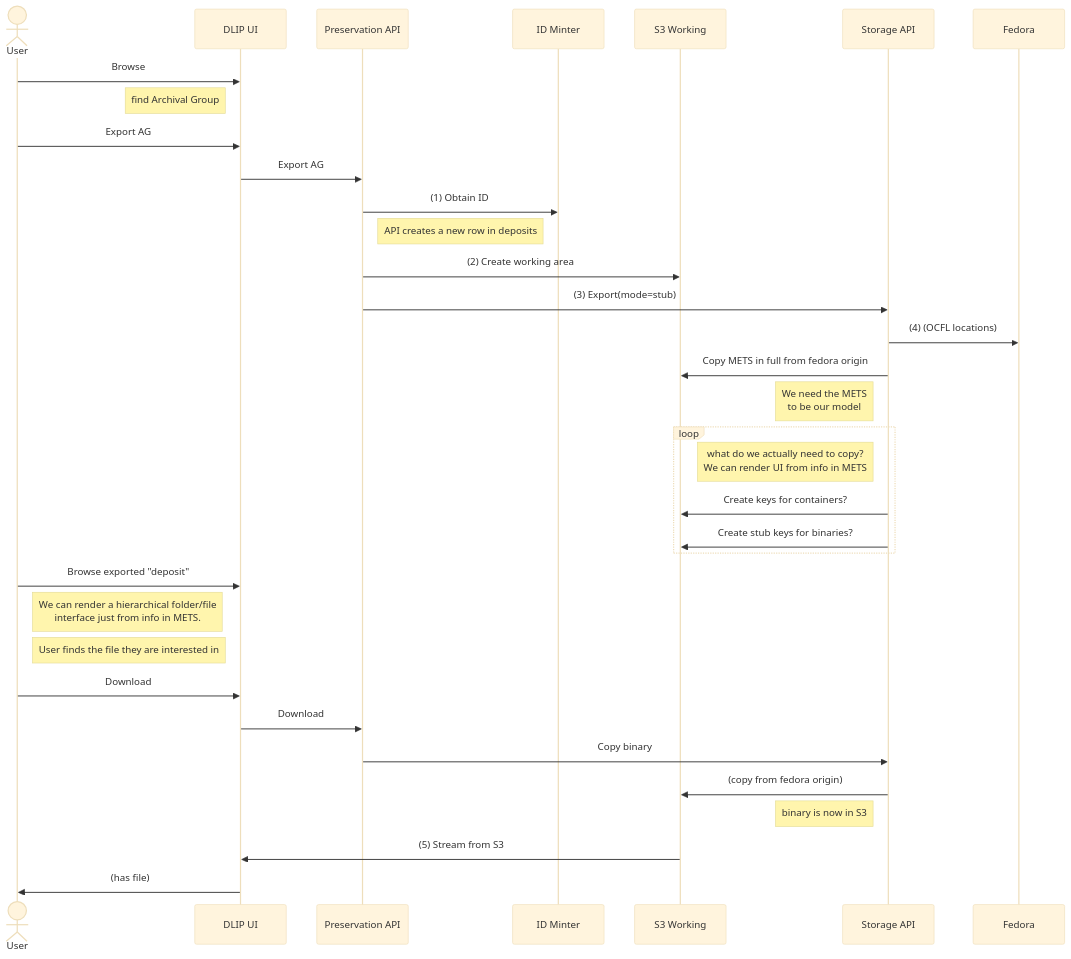
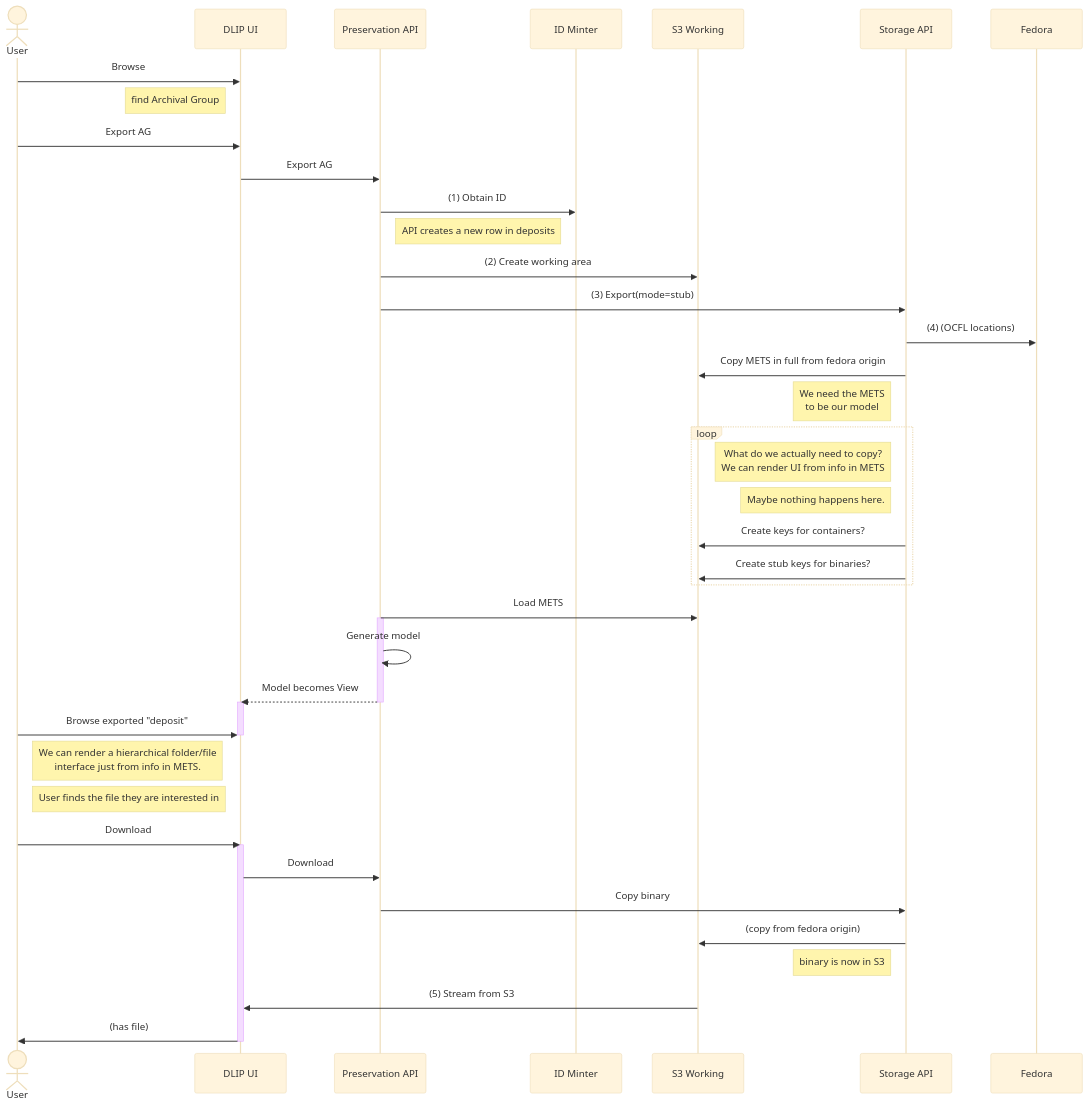
One commit to digirati-co-uk/digital-preservation-docs changed the diagram in sequence-diagrams/pull-from-repository.md. Above: the diagram before and after it, drawn with Mermaid (base theme). The commit also changed other lines of this file, not shown here.

Commit message:
tweaks to PULL from repository

````diff
--- a/sequence-diagrams/pull-from-repository.md
+++ b/sequence-diagrams/pull-from-repository.md
@@ -15,38 +15,48 @@
 ```mermaid
 sequenceDiagram
 
     actor A as User
     participant UI as DLIP UI
     participant API as Preservation API
     participant ID as ID Minter
     participant S3 as S3 Working
     participant Storage as Storage API
     participant Fedora
 
     A->>UI: Browse
     note left of UI: find Archival Group
     A->>UI: Export AG
     UI->>API: Export AG
     API->>ID: (1) Obtain ID
     note right of API: API creates a new row in deposits
     API->>S3: (2) Create working area
     API->>Storage: (3) Export(mode=stub)
     Storage->>Fedora: (4) (OCFL locations)
     Storage->>S3: Copy METS in full from fedora origin
     note left of Storage: We need the METS<br>to be our model
     loop 
-    note left of Storage: what do we actually need to copy?<br>We can render UI from info in METS
+    note left of Storage: What do we actually need to copy?<br>We can render UI from info in METS
+    note left of Storage: Maybe nothing happens here.
     Storage->>S3: Create keys for containers?
     Storage->>S3: Create stub keys for binaries?
     end
+    API->>S3: Load METS
+    activate API
+    API->>API: Generate model
+    API-->>UI: Model becomes View
+    deactivate API
+    activate UI
     A->>UI: Browse exported "deposit"
+    deactivate UI
     note right of A: We can render a hierarchical folder/file<br>interface just from info in METS.
     note right of A: User finds the file they are interested in
     A->>UI: Download
+    activate UI
     UI->>API: Download
     API->>Storage: Copy binary
     Storage->>S3: (copy from fedora origin)
     note left of Storage: binary is now in S3
     S3->>UI: (5) Stream from S3
     UI->>A: (has file)
+    deactivate UI
 ```
````
